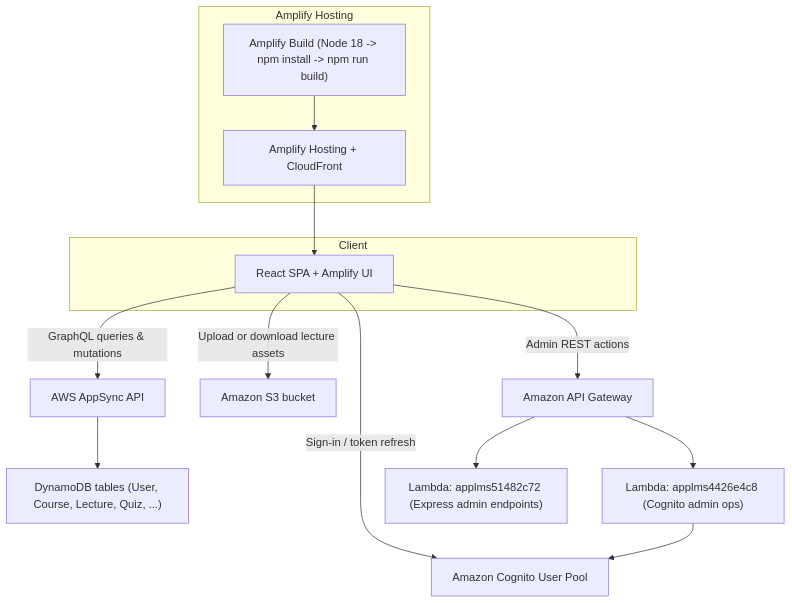
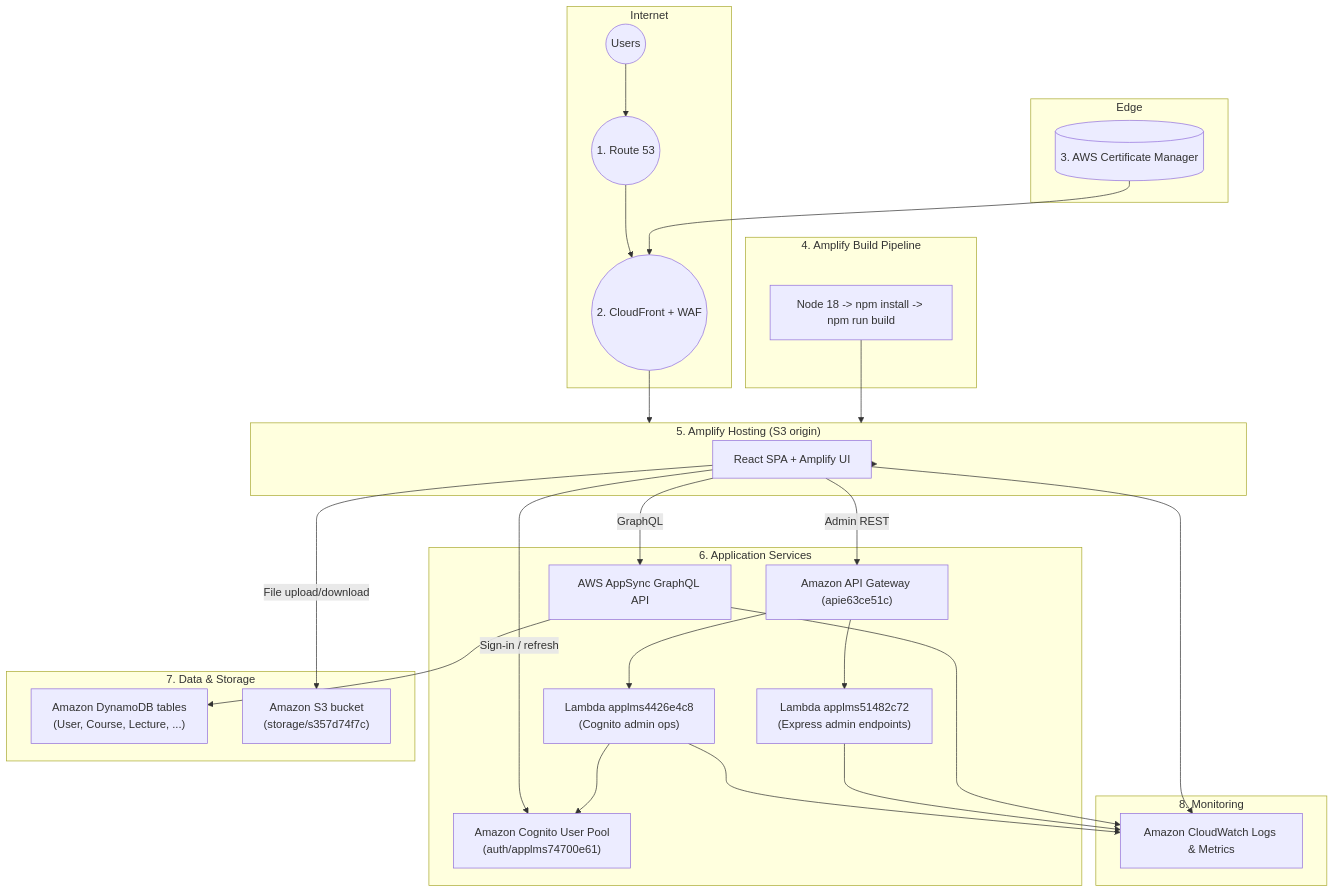
Before and after one commit to hongphuc-git/aws_lms: the first of 5 diagrams in README.md, drawn with Mermaid. The commit also changed other lines of this file and 11 other files, not shown here.

````diff
--- a/README.md
+++ b/README.md
@@ -7,22 +7,50 @@
 ```mermaid
-graph TD
-  subgraph Client
+flowchart TB
+  subgraph Internet
+    Users((Users))
+    Route53((1. Route 53))
+    CloudFront((2. CloudFront + WAF))
+  end
+
+  subgraph Edge
+    ACM[(3. AWS Certificate Manager)]
+  end
+
+  subgraph Amplify_Pipeline["4. Amplify Build Pipeline"]
+    Build["Node 18 -> npm install -> npm run build"]
+  end
+
+  subgraph Hosting["5. Amplify Hosting (S3 origin)"]
     SPA["React SPA + Amplify UI"]
   end
 
-  SPA -->|Sign-in / token refresh| Cognito["Amazon Cognito User Pool"]
-  SPA -->|GraphQL queries & mutations| AppSync["AWS AppSync API"]
-  AppSync --> DynamoDB["DynamoDB tables (User, Course, Lecture, Quiz, ...)"]
-  SPA -->|Upload or download lecture assets| S3["Amazon S3 bucket"]
-  SPA -->|Admin REST actions| APIGW["Amazon API Gateway"]
-  APIGW --> LambdaAdmin["Lambda: applms4426e4c8 (Cognito admin ops)"]
-  APIGW --> LambdaExpress["Lambda: applms51482c72 (Express admin endpoints)"]
-  LambdaAdmin --> Cognito
-
-  subgraph Amplify Hosting
-    BuildPipeline["Amplify Build (Node 18 -> npm install -> npm run build)"]
-    Hosting["Amplify Hosting + CloudFront"]
+  subgraph Backend["6. Application Services"]
+    APIGW["Amazon API Gateway (apie63ce51c)"]
+    LambdaAdmin["Lambda applms4426e4c8\n(Cognito admin ops)"]
+    LambdaExpress["Lambda applms51482c72\n(Express admin endpoints)"]
+    AppSync["AWS AppSync GraphQL API"]
+    Cognito["Amazon Cognito User Pool\n(auth/applms74700e61)"]
   end
 
-  BuildPipeline --> Hosting --> SPA
+  subgraph Data["7. Data & Storage"]
+    DynamoDB["Amazon DynamoDB tables\n(User, Course, Lecture, ...)"]
+    S3["Amazon S3 bucket\n(storage/s357d74f7c)"]
+  end
+
+  subgraph Observability["8. Monitoring"]
+    CloudWatch["Amazon CloudWatch Logs & Metrics"]
+  end
+
+  Users --> Route53 --> CloudFront --> Hosting
+  ACM --> CloudFront
+  Build --> Hosting --> SPA
+  SPA -->|Sign-in / refresh| Cognito
+  SPA -->|GraphQL| AppSync --> DynamoDB
+  SPA -->|File upload/download| S3
+  SPA -->|Admin REST| APIGW --> LambdaAdmin --> Cognito
+  APIGW --> LambdaExpress
+  SPA --> CloudWatch
+  LambdaAdmin --> CloudWatch
+  LambdaExpress --> CloudWatch
+  AppSync --> CloudWatch
 ```
````
